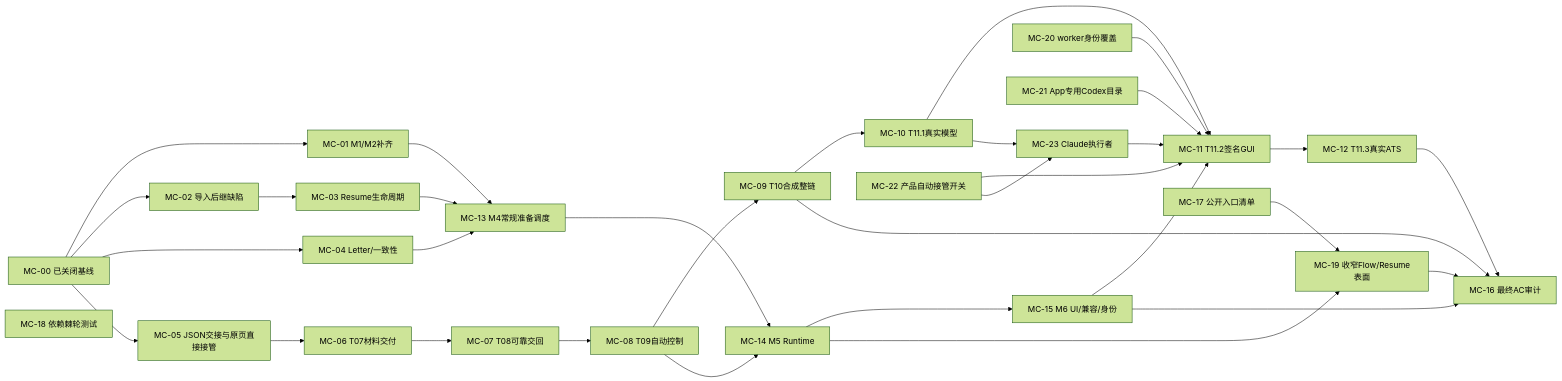
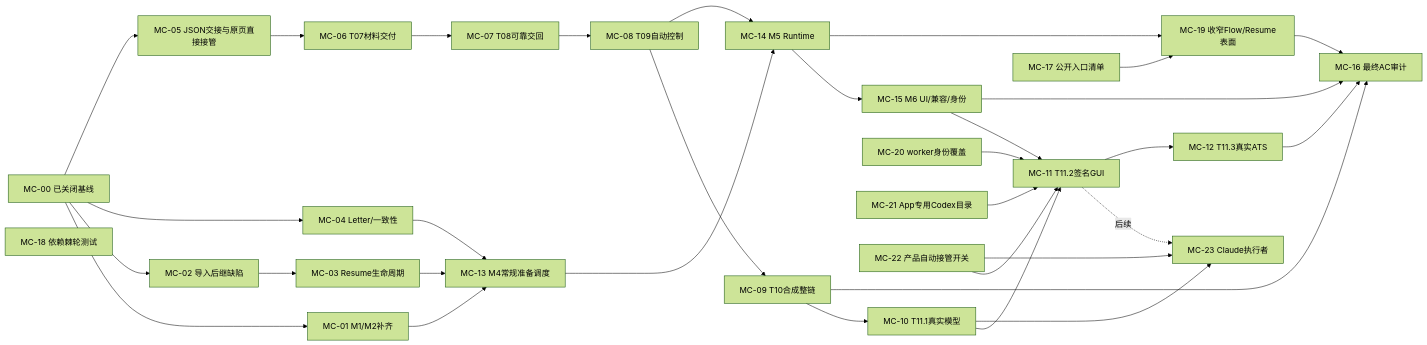
The diagram in .scratch/module-completion-2026-10-26/map.md (DengZhiyuan-math/TomorrowStar-OS), drawn with Mermaid (forest theme) before and after one commit. The commit also changed other lines of this file and 4 other files, not shown here.

````diff
--- a/.scratch/module-completion-2026-10-26/map.md
+++ b/.scratch/module-completion-2026-10-26/map.md
@@ -191,35 +191,35 @@
 ```mermaid
 flowchart LR
     B["MC-00 已关闭基线"] --> A["MC-01 M1/M2补齐"]
     B --> R["MC-02 导入后继缺陷"]
     R --> RV["MC-03 Resume生命周期"]
     B --> L["MC-04 Letter/一致性"]
     B --> V["MC-05 JSON交接与原页直接接管"]
     V --> D["MC-06 T07材料交付"]
     D --> H["MC-07 T08可靠交回"]
     H --> C["MC-08 T09自动控制"]
     C --> S["MC-09 T10合成整链"]
     S --> X["MC-10 T11.1真实模型"]
     A --> P["MC-13 M4常规准备调度"]
     RV --> P
     L --> P
     P --> RT["MC-14 M5 Runtime"]
     C --> RT
     RT --> UI["MC-15 M6 UI/兼容/身份"]
     X --> G["MC-11 T11.2签名GUI"]
     UI --> G
     W["MC-20 worker身份覆盖"] --> G
     CH["MC-21 App专用Codex目录"] --> G
     NP["MC-22 产品自动接管开关"] --> G
-    CL["MC-23 Claude执行者"] --> G
+    G -.后续.-> CL["MC-23 Claude执行者"]
     X --> CL
     NP --> CL
     G --> ATS["MC-12 T11.3真实ATS"]
     ATS --> AC["MC-16 最终AC审计"]
     UI --> AC
     S --> AC
     E["MC-17 公开入口清单"] --> N["MC-19 收窄Flow/Resume表面"]
     RT --> N
     N --> AC
     K["MC-18 依赖棘轮测试"]
 ```
````
